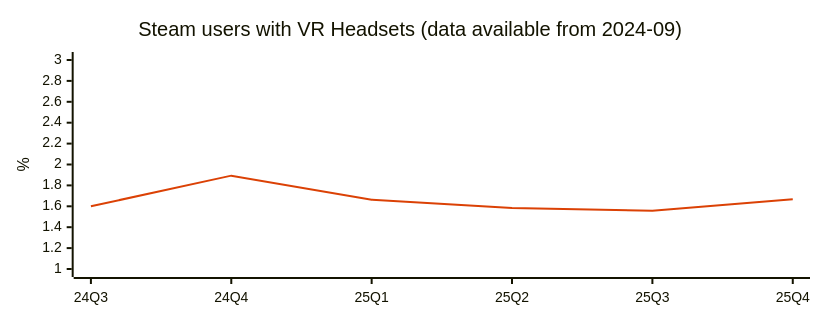
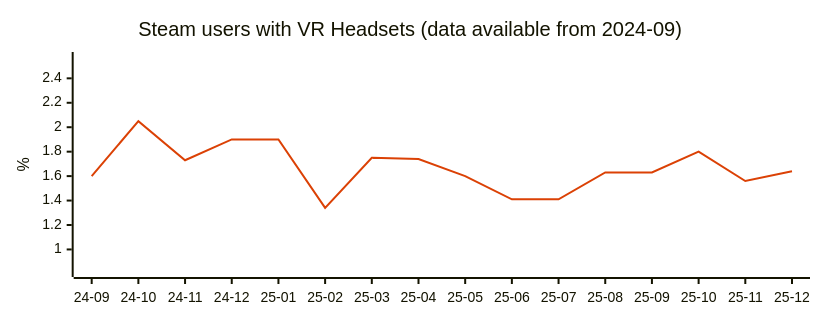
Before and after one commit to jdegene/steamHWsurvey: diagram 23 of 29 in README.md, drawn with Mermaid. The commit also changed other lines of this file and 1 other file, not shown here.

Commit message:
switched VR headset chart to monthly

````diff
--- a/README.md
+++ b/README.md
@@ -758,19 +761,19 @@
 ```mermaid
 ---
 config:
     xyChart:
         width: 800
         height: 300
         
     themeVariables:
         xyChart:
             plotColorPalette: "#DB4105"
 
 --- 
 
 xychart-beta
     title "Steam users with VR Headsets (data available from 2024-09)"
-    x-axis [24Q3, 24Q4, 25Q1, 25Q2, 25Q3, 25Q4]
-    y-axis "%" 1-->3 
-    line [1.6, 1.8933333333333333, 1.6633333333333333, 1.5833333333333335, 1.5566666666666666, 1.6666666666666667]
+    x-axis [24-09, 24-10, 24-11, 24-12, 25-01, 25-02, 25-03, 25-04, 25-05, 25-06, 25-07, 25-08, 25-09, 25-10, 25-11, 25-12]
+    y-axis "%" 0.8400000000000001-->2.5500000000000003 
+    line [1.6, 2.0500000000000003, 1.73, 1.9, 1.9, 1.34, 1.7500000000000002, 1.7399999999999998, 1.6, 1.41, 1.41, 1.63, 1.63, 1.7999999999999998, 1.5599999999999998, 1.6400000000000001]
 ``` 
````
